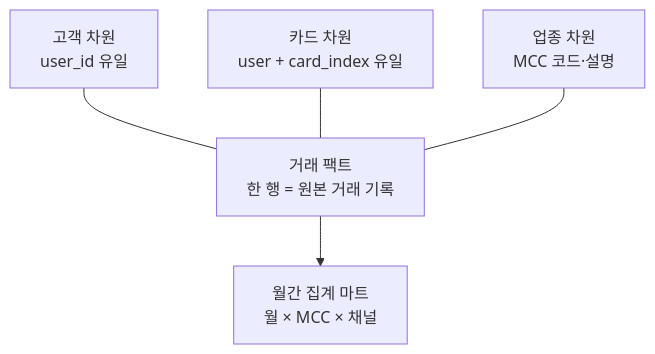
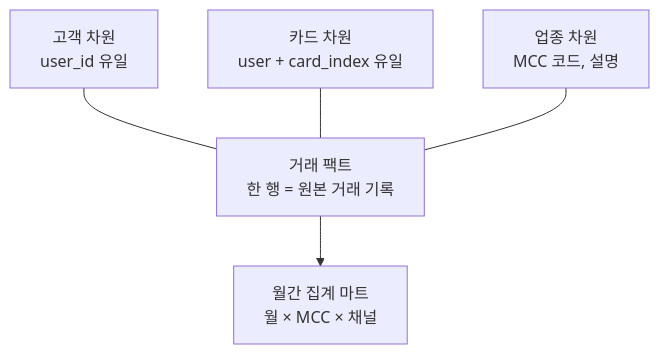
Before and after one commit to Eunjung-Cho/bdai13-bigquery: the second of 2 diagrams in docs/week5/lecture.md, drawn with Mermaid. The commit also changed other lines of this file and 34 other files, not shown here.

````diff
--- a/docs/week5/lecture.md
+++ b/docs/week5/lecture.md
@@ -95,7 +95,7 @@
 ```mermaid
 flowchart TB
     U["고객 차원<br/>user_id 유일"] --- T["거래 팩트<br/>한 행 = 원본 거래 기록"]
     C["카드 차원<br/>user + card_index 유일"] --- T
-    M["업종 차원<br/>MCC 코드·설명"] --- T
+    M["업종 차원<br/>MCC 코드, 설명"] --- T
     T --> A["월간 집계 마트<br/>월 × MCC × 채널"]
 ```
````
